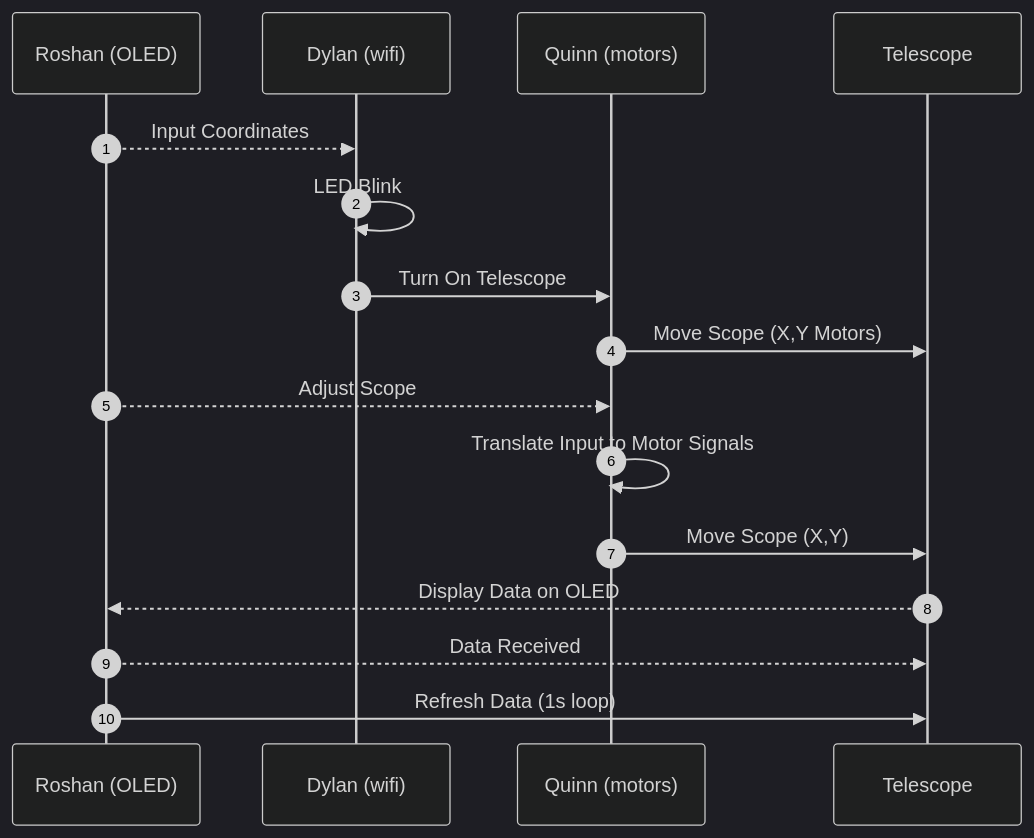
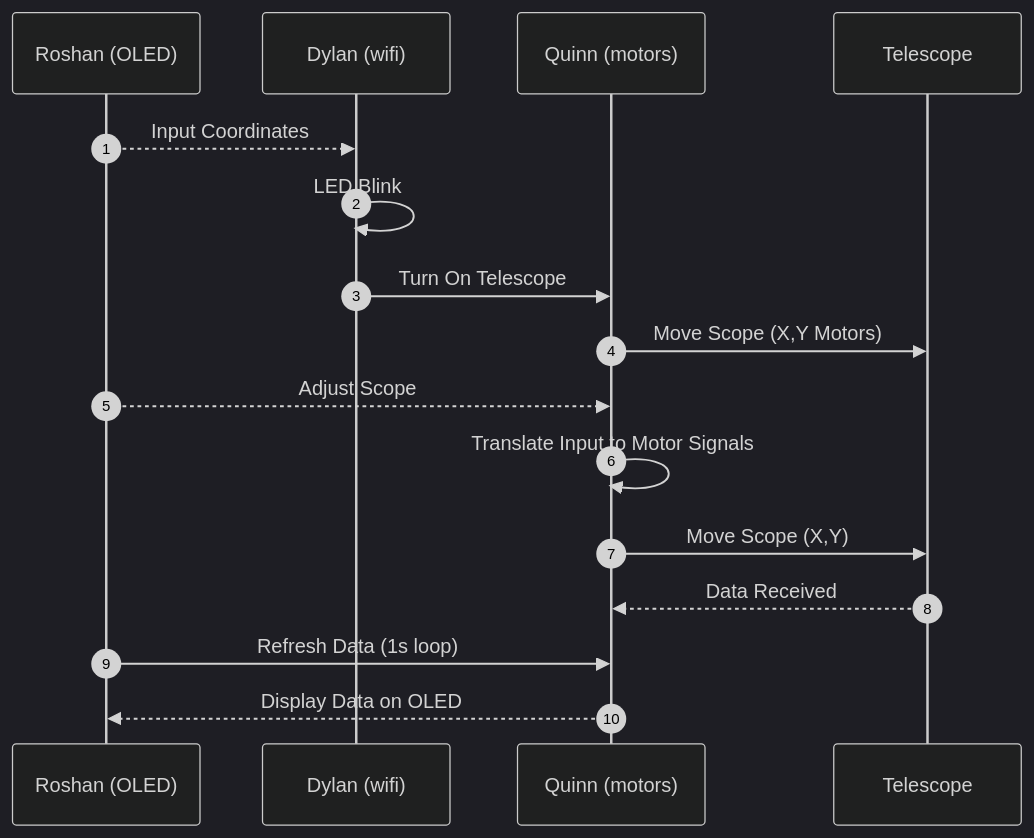
Before and after one commit to EGR314-S-2026-304/EGR314-S-2026-304.github.io: the diagram in docs/04-Team-Diagram.md, drawn with Mermaid (dark theme).

````diff
--- a/docs/04-Team-Diagram.md
+++ b/docs/04-Team-Diagram.md
@@ -14,23 +14,23 @@
 ``` mermaid
 sequenceDiagram
   autonumber
 
 
   participant Roshan (OLED)
   participant Dylan (wifi)
   participant Quinn (motors)
   participant Telescope
 
   Roshan (OLED)-->>Dylan (wifi): Input Coordinates
   Dylan (wifi)->>Dylan (wifi): LED Blink
   Dylan (wifi)->>Quinn (motors): Turn On Telescope
   Quinn (motors)->>Telescope: Move Scope (X,Y Motors)
 
   Roshan (OLED)-->>Quinn (motors): Adjust Scope
   Quinn (motors)->>Quinn (motors): Translate Input to Motor Signals
   Quinn (motors)->>Telescope: Move Scope (X,Y)
 
-  Telescope-->>Roshan (OLED): Display Data on OLED
-  Roshan (OLED)-->>Telescope: Data Received
-  Roshan (OLED)->>Telescope: Refresh Data (1s loop)
+  Telescope-->>Quinn (motors): Data Received
+  Roshan (OLED)->>Quinn (motors): Refresh Data (1s loop)
+  Quinn (motors)-->>Roshan (OLED): Display Data on OLED
 ```
````
